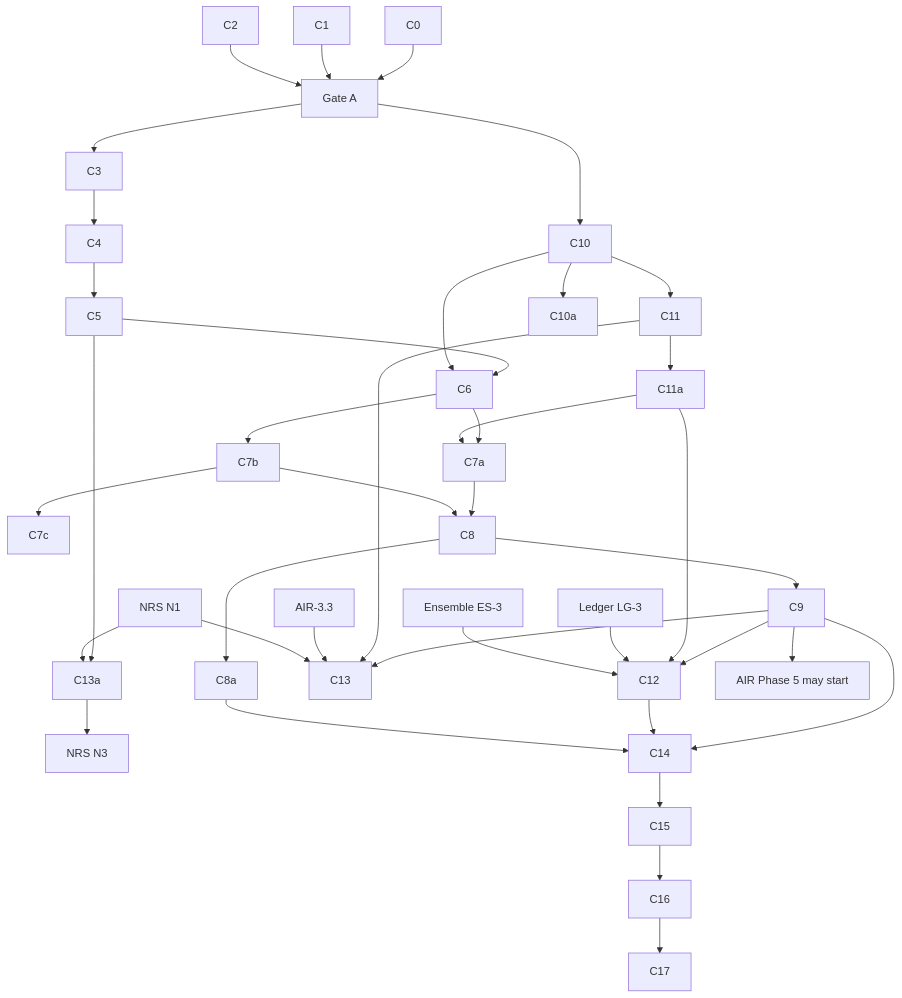
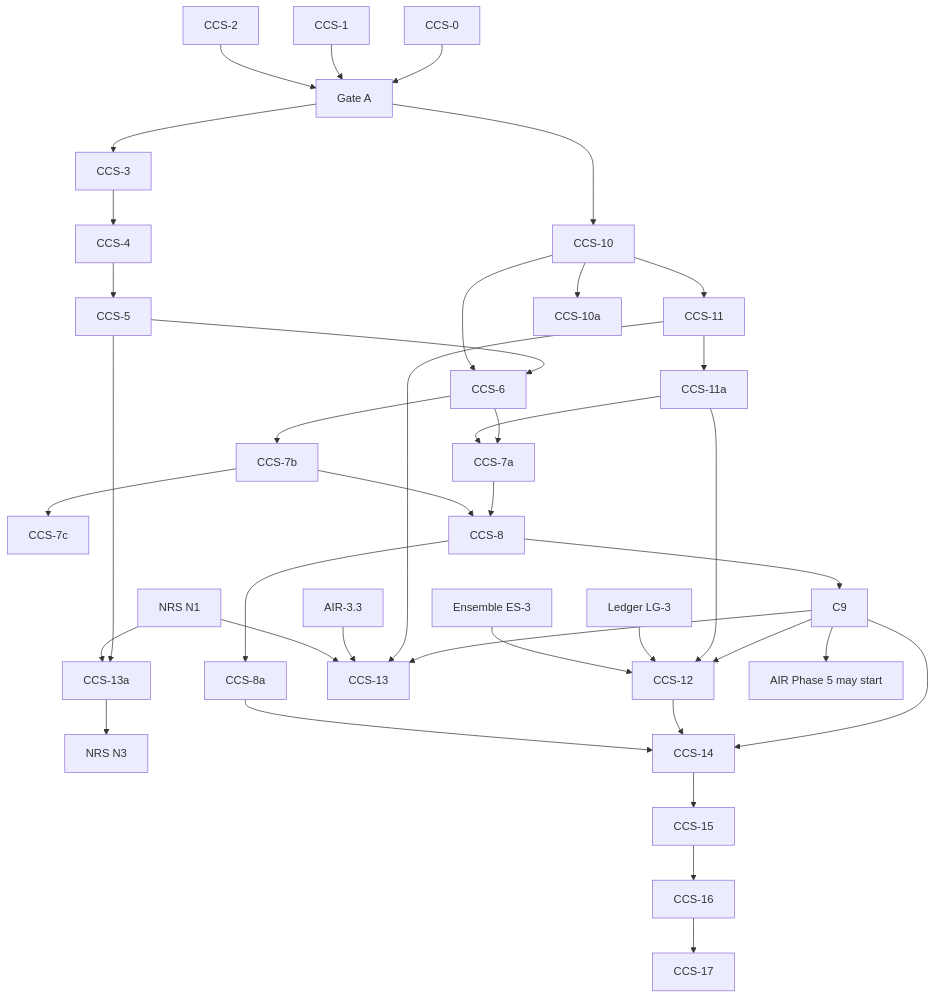
One commit to nebularis/lattice changed diagram 36 of 36 in docs/developer/plans/computable-contract-substrate.md. Above: the diagram before and after it, drawn with Mermaid. The commit also changed other lines of this file and 422 other files, not shown here.

````diff
--- a/docs/developer/plans/computable-contract-substrate.md
+++ b/docs/developer/plans/computable-contract-substrate.md
@@ -4512,23 +4513,23 @@
 ```mermaid
 flowchart TB
-    C0 & C1 & C2 --> GA["Gate A"]
-    GA --> C3 --> C4 --> C5
-    GA --> C10 --> C11 --> C11a
-    C10 --> C10a
-    C5 & C10 --> C6 --> C7b
-    C7b --> C7c
-    C6 & C11a --> C7a
-    C7a & C7b --> C8 --> C8a
-    C8 --> C9
-    C9 & C11a --> C12
-    LG3["Ledger LG-3"] --> C12
-    ES3["Ensemble ES-3"] --> C12
-    C9 & C11 --> C13
-    C5 & N1 --> C13a
-    C13a --> N3["NRS N3"]
-    AIR33["AIR-3.3"] --> C13
-    N1["NRS N1"] --> C13
-    C9 & C12 --> C14 --> C15 --> C16 --> C17
-    C8a --> C14
+    CCS-0 & CCS-1 & CCS-2 --> GA["Gate A"]
+    GA --> CCS-3 --> CCS-4 --> CCS-5
+    GA --> CCS-10 --> CCS-11 --> CCS-11a
+    CCS-10 --> CCS-10a
+    CCS-5 & CCS-10 --> CCS-6 --> CCS-7b
+    CCS-7b --> CCS-7c
+    CCS-6 & CCS-11a --> CCS-7a
+    CCS-7a & CCS-7b --> CCS-8 --> CCS-8a
+    CCS-8 --> C9
+    C9 & CCS-11a --> CCS-12
+    LG3["Ledger LG-3"] --> CCS-12
+    ES3["Ensemble ES-3"] --> CCS-12
+    C9 & CCS-11 --> CCS-13
+    CCS-5 & N1 --> CCS-13a
+    CCS-13a --> N3["NRS N3"]
+    AIR33["AIR-3.3"] --> CCS-13
+    N1["NRS N1"] --> CCS-13
+    C9 & CCS-12 --> CCS-14 --> CCS-15 --> CCS-16 --> CCS-17
+    CCS-8a --> CCS-14
     C9 --> P5["AIR Phase 5 may start"]
 ```
````
